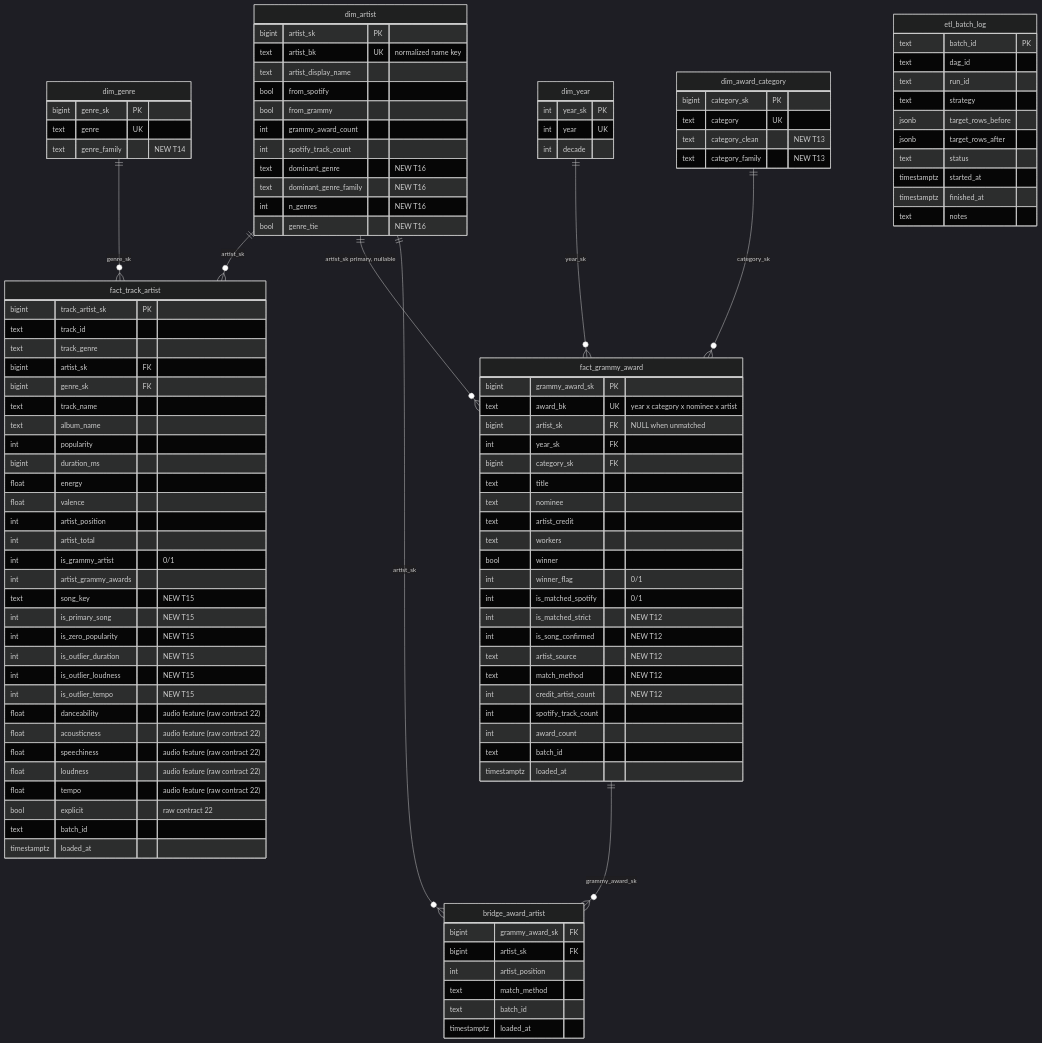
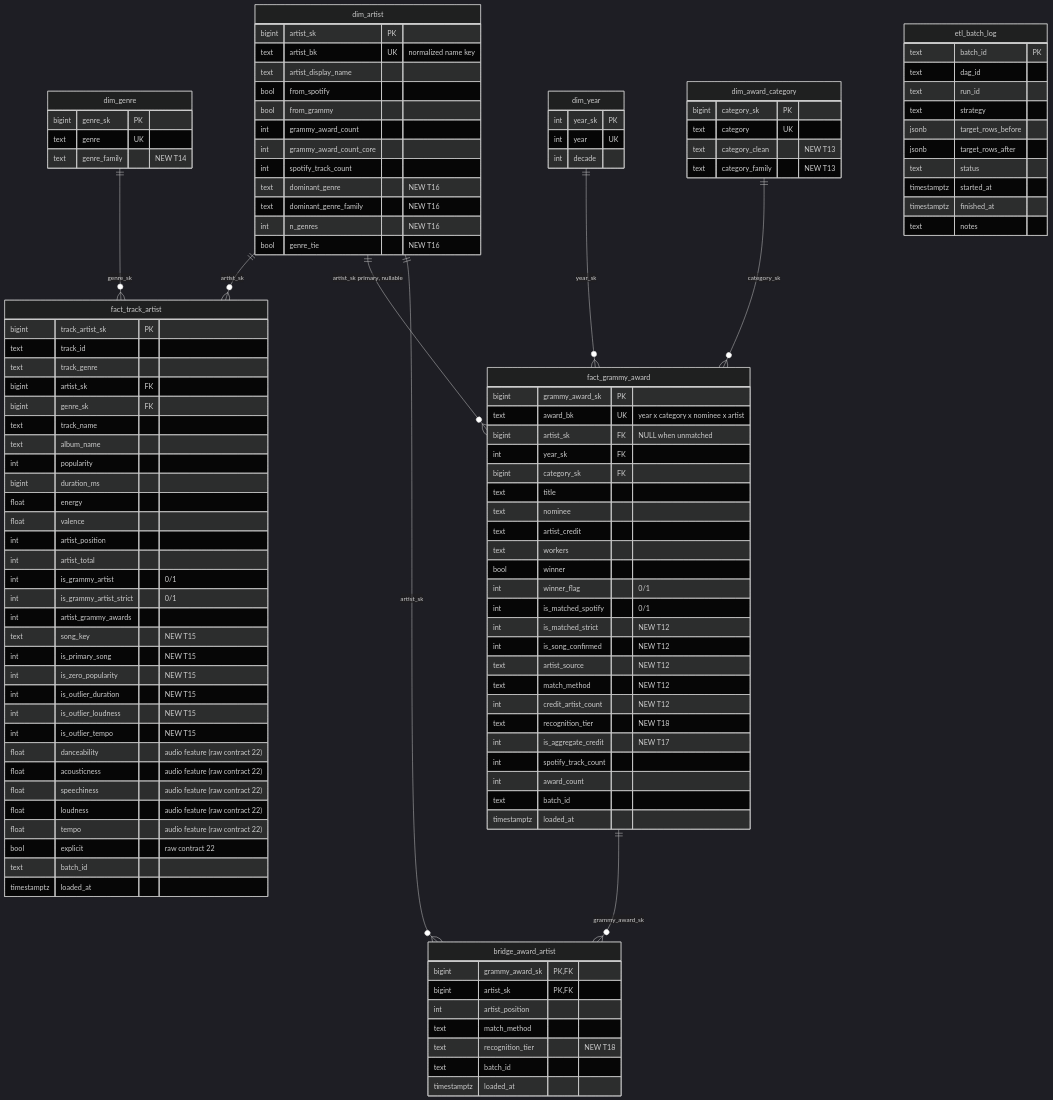
One commit to driosoft-pro/Workshop-2 changed the diagram in README.md. Above: the diagram before and after it, drawn with Mermaid (dark theme). The commit also changed other lines of this file and 55 other files, not shown here.

```diff
--- a/README.md
+++ b/README.md
@@ -217,6 +224,7 @@
         bool from_spotify
         bool from_grammy
         int grammy_award_count
+        int grammy_award_count_core
         int spotify_track_count
         text dominant_genre "NEW T16"
         text dominant_genre_family "NEW T16"
@@ -254,6 +262,7 @@
         int artist_position
         int artist_total
         int is_grammy_artist "0/1"
+        int is_grammy_artist_strict "0/1"
         int artist_grammy_awards
         text song_key "NEW T15"
         int is_primary_song "NEW T15"
@@ -288,16 +297,19 @@
         text artist_source "NEW T12"
         text match_method "NEW T12"
         int credit_artist_count "NEW T12"
+        text recognition_tier "NEW T18"
+        int is_aggregate_credit "NEW T17"
         int spotify_track_count
         int award_count
         text batch_id
         timestamptz loaded_at
     }
     bridge_award_artist {
-        bigint grammy_award_sk FK
-        bigint artist_sk FK
+        bigint grammy_award_sk PK,FK
+        bigint artist_sk PK,FK
         int artist_position
         text match_method
+        text recognition_tier "NEW T18"
         text batch_id
         timestamptz loaded_at
     }
```
